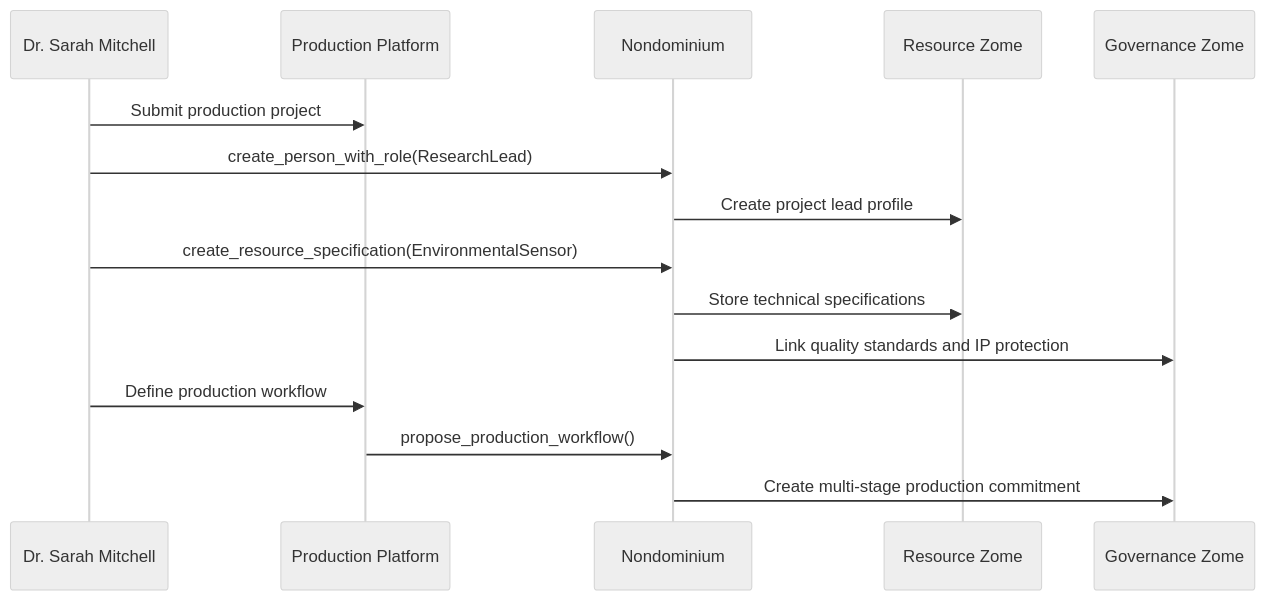
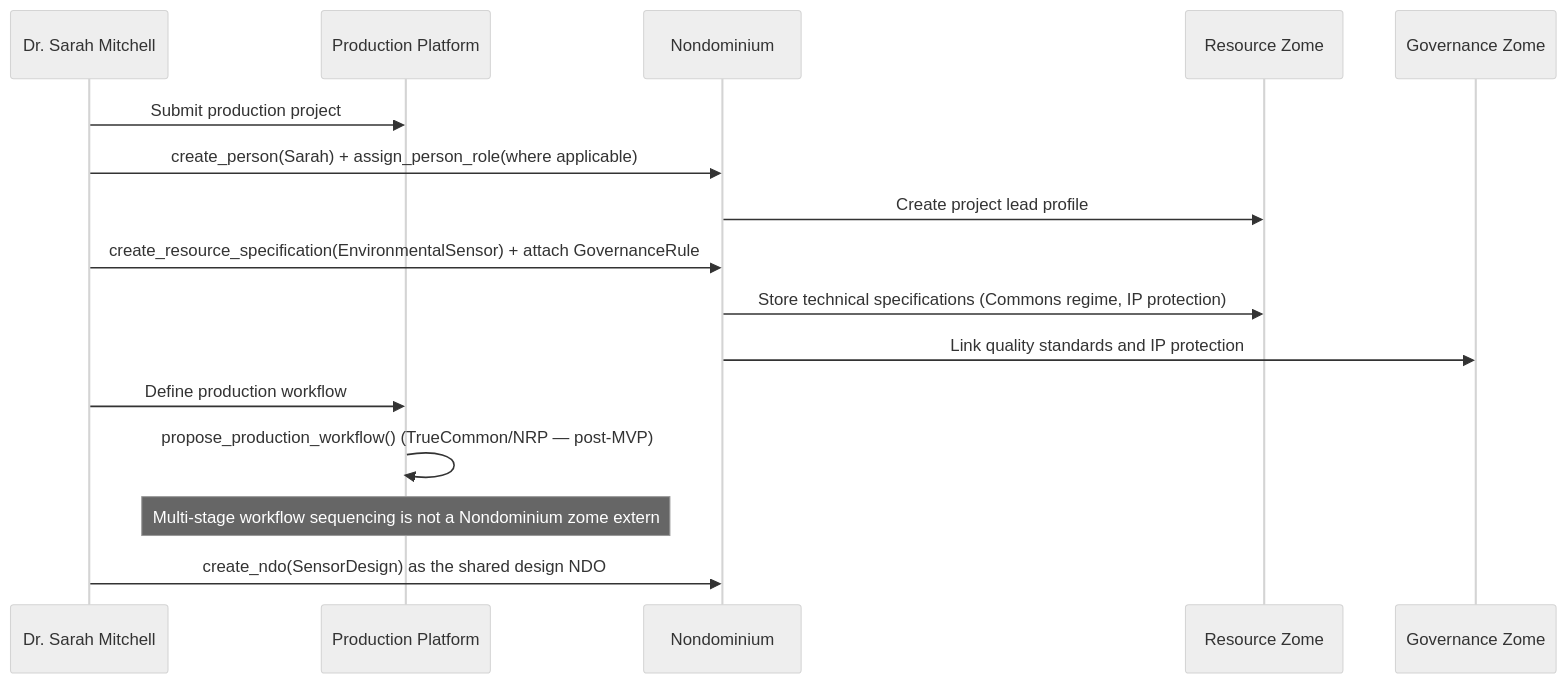
One commit to Sensorica/nondominium changed the second of 9 diagrams in documentation/Applications/user-story/user-story-material-peer-production.md. Above: the diagram before and after it, drawn with Mermaid (neutral theme). The commit also changed other lines of this file and 99 other files, not shown here.

````diff
--- a/documentation/Applications/user-story/user-story-material-peer-production.md
+++ b/documentation/Applications/user-story/user-story-material-peer-production.md
@@ -96,20 +117,21 @@
 ```mermaid
 sequenceDiagram
     participant Sarah as Dr. Sarah Mitchell
     participant Platform as Production Platform
     participant ND as Nondominium
     participant Res as Resource Zome
     participant Gov as Governance Zome
 
     Sarah->>Platform: Submit production project
-    Sarah->>ND: create_person_with_role(ResearchLead)
+    Sarah->>ND: create_person(Sarah) + assign_person_role(where applicable)
     ND->>Res: Create project lead profile
 
-    Sarah->>ND: create_resource_specification(EnvironmentalSensor)
-    ND->>Res: Store technical specifications
+    Sarah->>ND: create_resource_specification(EnvironmentalSensor) + attach GovernanceRule
+    ND->>Res: Store technical specifications (Commons regime, IP protection)
     ND->>Gov: Link quality standards and IP protection
 
     Sarah->>Platform: Define production workflow
-    Platform->>ND: propose_production_workflow()
-    ND->>Gov: Create multi-stage production commitment
+    Platform->>Platform: propose_production_workflow() (TrueCommon/NRP — post-MVP)
+    Note over Platform: Multi-stage workflow sequencing is not a Nondominium zome extern
+    Sarah->>ND: create_ndo(SensorDesign) as the shared design NDO
 ```
````
